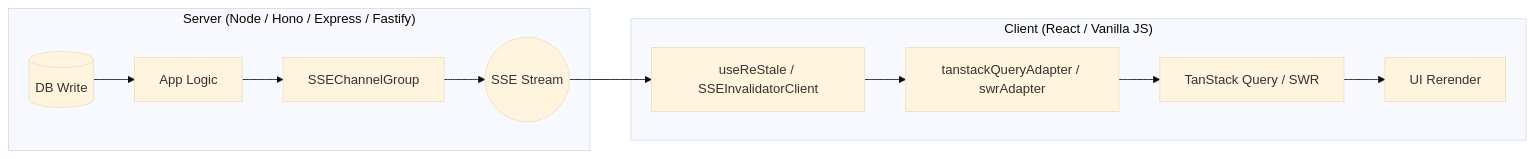
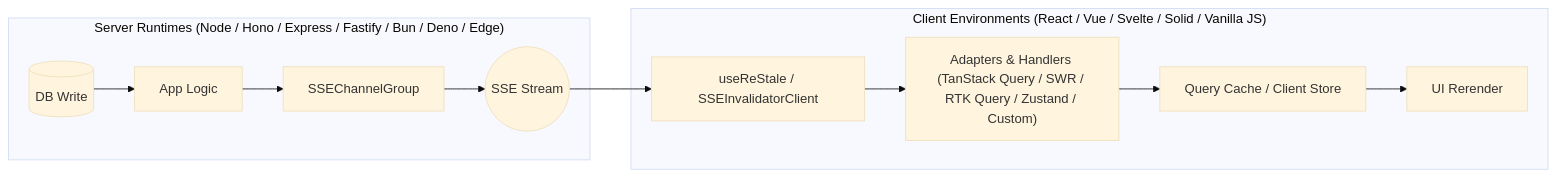
The diagram in README.md (gerkim62/restale-kit), drawn with Mermaid (base theme) before and after one commit. The commit also changed other lines of this file, not shown here.

Commit message:
docs: update README to reflect universal framework compatibility and expanded server runtime support

````diff
--- a/README.md
+++ b/README.md
@@ -17,14 +17,14 @@
 ```mermaid
 flowchart LR
-    subgraph Server ["Server (Node / Hono / Express / Fastify)"]
+    subgraph Server ["Server Runtimes (Node / Hono / Express / Fastify / Bun / Deno / Edge)"]
         db[(DB Write)] --> app[App Logic]
         app --> group[SSEChannelGroup]
         group --> wire((SSE Stream))
     end
-    subgraph Client ["Client (React / Vanilla JS)"]
+    subgraph Client ["Client Environments (React / Vue / Svelte / Solid / Vanilla JS)"]
         wire --> client[useReStale / SSEInvalidatorClient]
-        client --> adapter[tanstackQueryAdapter / swrAdapter]
-        adapter --> cache[TanStack Query / SWR]
+        client --> adapter["Adapters & Handlers (TanStack Query / SWR / RTK Query / Zustand / Custom)"]
+        adapter --> cache["Query Cache / Client Store"]
         cache --> ui[UI Rerender]
     end
 ```
````
